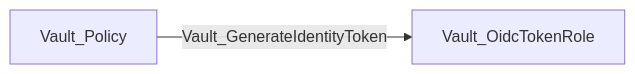
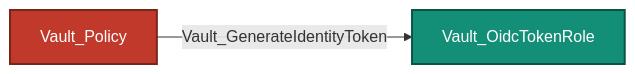
One commit to bytewreck/opengraph-vault changed the ninth of 11 diagrams in Documentation/stores/IDENTITY.md. Above: the diagram before and after it, drawn with Mermaid. The commit also changed other lines of this file and 4 other files, not shown here.

````diff
--- a/Documentation/stores/IDENTITY.md
+++ b/Documentation/stores/IDENTITY.md
@@ -209,4 +249,7 @@
 ```mermaid
 flowchart LR
-    policy[Vault_Policy] -->|Vault_GenerateIdentityToken| role[Vault_OidcTokenRole]
+    policy[Vault_Policy]:::policyNode -->|Vault_GenerateIdentityToken| role[Vault_OidcTokenRole]:::oidcTokenRoleNode
+
+    classDef policyNode fill:#C0392B,color:#fff,stroke:#7B241C,stroke-width:2px
+    classDef oidcTokenRoleNode fill:#148F77,color:#fff,stroke:#0B5345,stroke-width:2px
 ```
````
